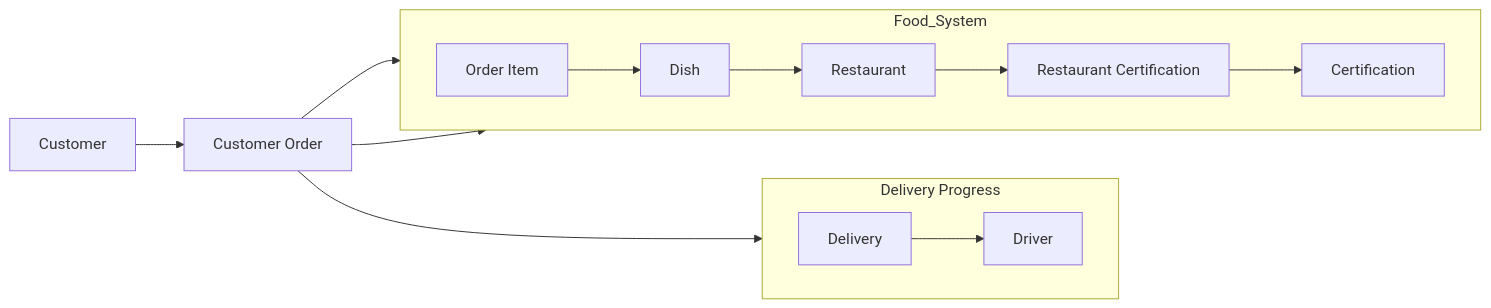
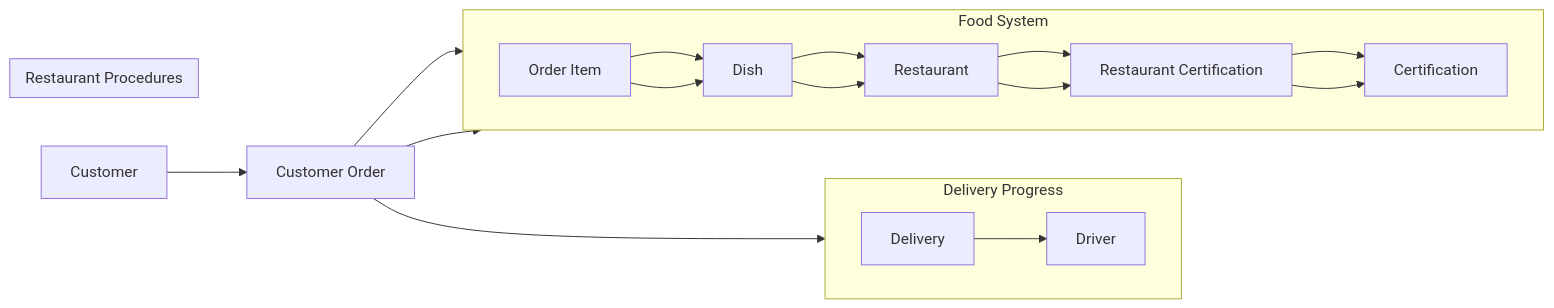
Before and after one commit to NosrevytsNg/Relational-Design-SQL-Implementation-Food-Delivery-Database-System: the second of 2 diagrams in README.md, drawn with Mermaid.

````diff
--- a/README.md
+++ b/README.md
@@ -68,34 +68,49 @@
 ```mermaid
 flowchart LR
 
 Customer[Customer]
 Order[Customer Order]
 
-%% Upper section (Driver chain)
+%% Lower section (Driver chain)
 subgraph Delivery Progress
 direction LR
 Driver[Driver]
 Delivery[Delivery]
 Delivery --> Driver
 end
 
-%% Lower section (Food chain)
-subgraph Food_System
+%% Upper section (Food chain)
+subgraph Food System
+direction LR
+OrderItem[Order Item]
+Dish[Dish]
+Restaurant[Restaurant]
+Certification[Certification]
+RestaurantCertification[Restaurant Certification]
+
+OrderItem --> Dish
+Dish --> Restaurant
+Restaurant --> RestaurantCertification
+RestaurantCertification --> Certification
+end
+
+%% Upper-Inner section (Food chain)
+subgraph Restaurant Procedures
 direction LR
 OrderItem[Order Item]
 Dish[Dish]
 Restaurant[Restaurant]
 Certification[Certification]
 RestaurantCertification[Restaurant Certification]
 
 OrderItem --> Dish
 Dish --> Restaurant
 Restaurant --> RestaurantCertification
 RestaurantCertification --> Certification
 end
 
 Customer --> Order
 Order --> OrderItem
 Order --> Restaurant
 Order --> Delivery
 ```
````
